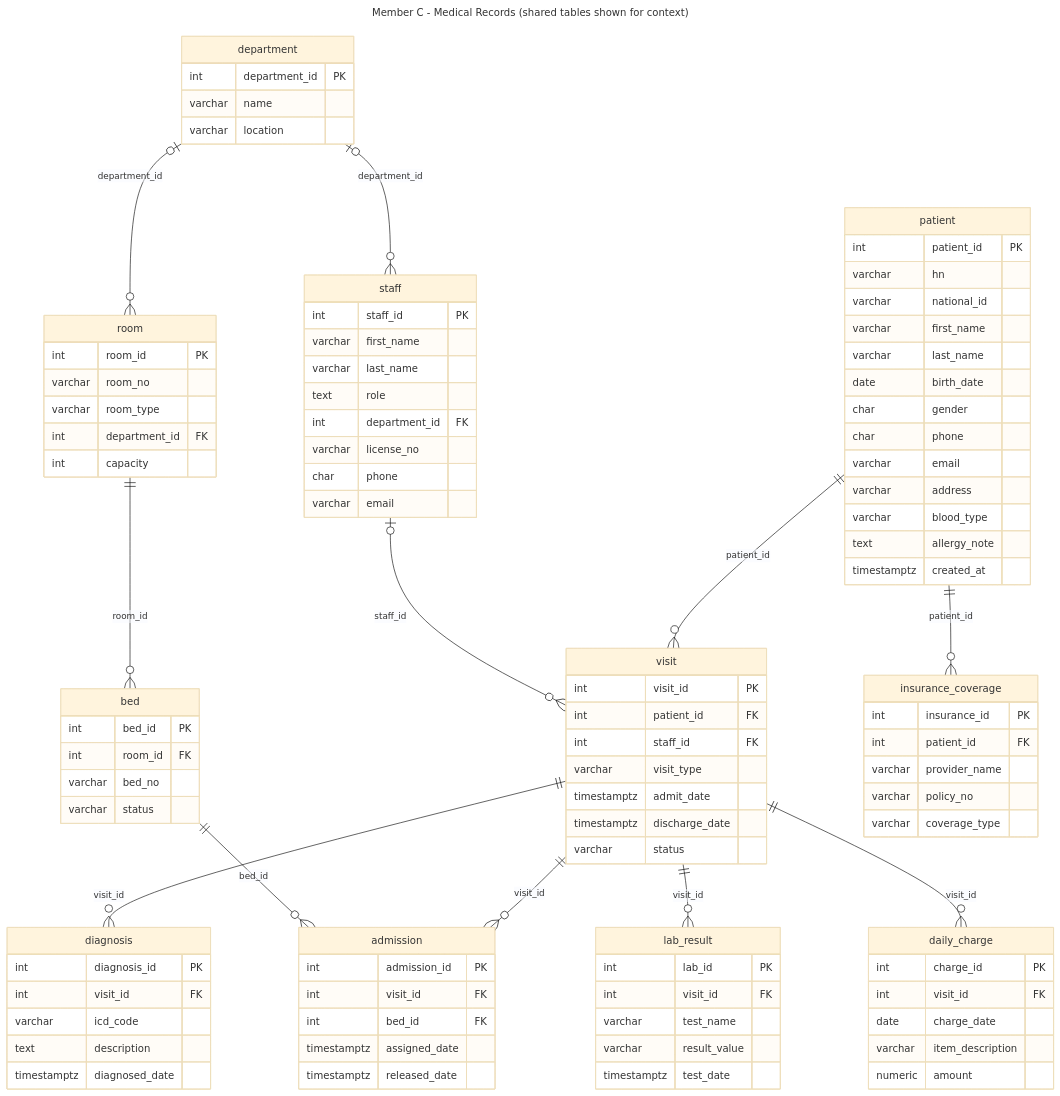
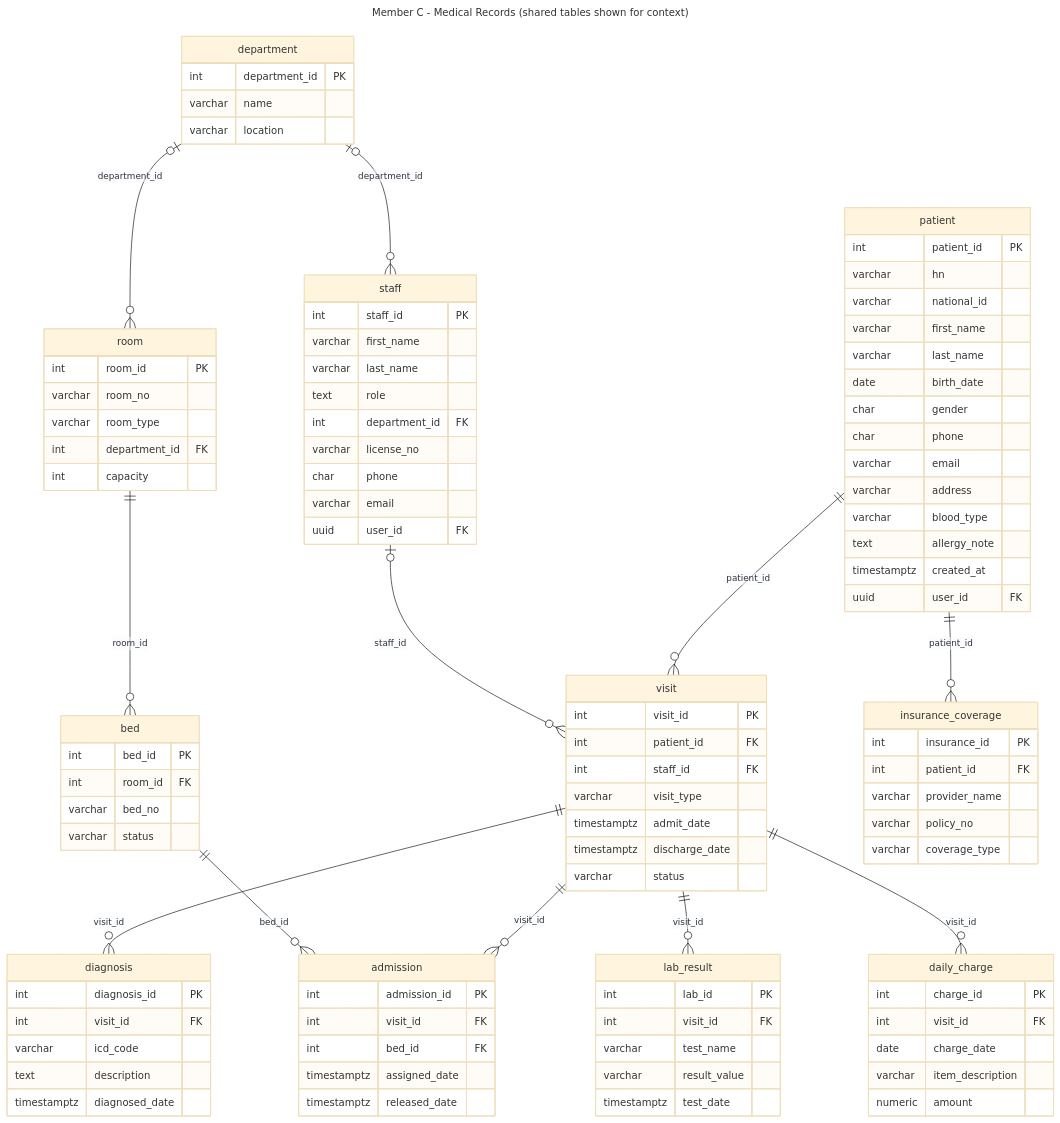
Before and after one commit to popongfm/AIE313-FinalProj_HospitalSystem: the diagram in docs/er/er_member_C_records.mmd, drawn with Mermaid (base theme). The commit also changed 45 other files, not shown here.

Commit message:
แยก user ออกจาก staff/patient: ลบ profiles, ใช้ user_id FK + trigger ผูกบัญชีตอนสมัคร

```diff
--- a/docs/er/er_member_C_records.mmd
+++ b/docs/er/er_member_C_records.mmd
@@ -1,102 +1,104 @@
 ---
 title: Member C - Medical Records (shared tables shown for context)
 ---
 erDiagram
     room {
         int room_id PK
         varchar room_no
         varchar room_type
         int department_id FK
         int capacity
     }
     bed {
         int bed_id PK
         int room_id FK
         varchar bed_no
         varchar status
     }
     visit {
         int visit_id PK
         int patient_id FK
         int staff_id FK
         varchar visit_type
         timestamptz admit_date
         timestamptz discharge_date
         varchar status
     }
     admission {
         int admission_id PK
         int visit_id FK
         int bed_id FK
         timestamptz assigned_date
         timestamptz released_date
     }
     diagnosis {
         int diagnosis_id PK
         int visit_id FK
         varchar icd_code
         text description
         timestamptz diagnosed_date
     }
     lab_result {
         int lab_id PK
         int visit_id FK
         varchar test_name
         varchar result_value
         timestamptz test_date
     }
     insurance_coverage {
         int insurance_id PK
         int patient_id FK
         varchar provider_name
         varchar policy_no
         varchar coverage_type
     }
     daily_charge {
         int charge_id PK
         int visit_id FK
         date charge_date
         varchar item_description
         numeric amount
     }
     patient {
         int patient_id PK
         varchar hn
         varchar national_id
         varchar first_name
         varchar last_name
         date birth_date
         char gender
         char phone
         varchar email
         varchar address
         varchar blood_type
         text allergy_note
         timestamptz created_at
+        uuid user_id FK
     }
     staff {
         int staff_id PK
         varchar first_name
         varchar last_name
         text role
         int department_id FK
         varchar license_no
         char phone
         varchar email
+        uuid user_id FK
     }
     department {
         int department_id PK
         varchar name
         varchar location
     }
     department |o--o{ staff : "department_id"
+    patient ||--o{ visit : "patient_id"
+    staff |o--o{ visit : "staff_id"
     department |o--o{ room : "department_id"
     room ||--o{ bed : "room_id"
-    patient ||--o{ visit : "patient_id"
-    staff |o--o{ visit : "staff_id"
     visit ||--o{ admission : "visit_id"
     bed ||--o{ admission : "bed_id"
     visit ||--o{ diagnosis : "visit_id"
     visit ||--o{ lab_result : "visit_id"
     patient ||--o{ insurance_coverage : "patient_id"
     visit ||--o{ daily_charge : "visit_id"
```
